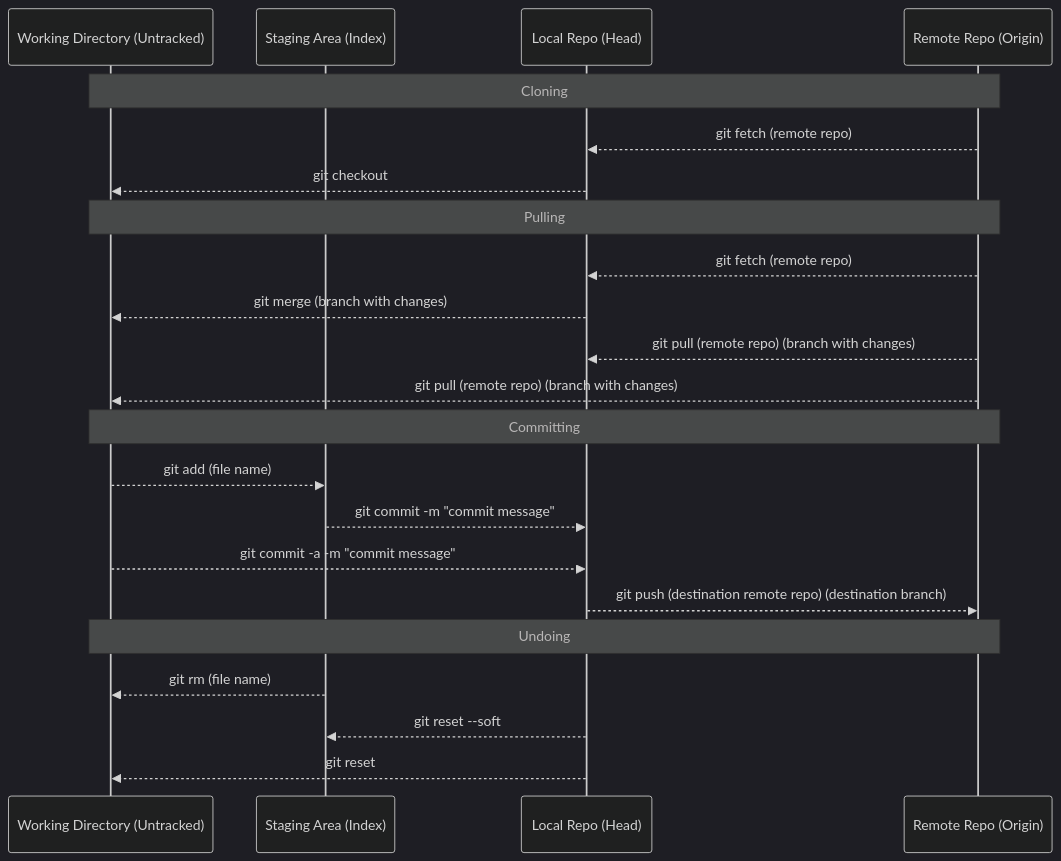
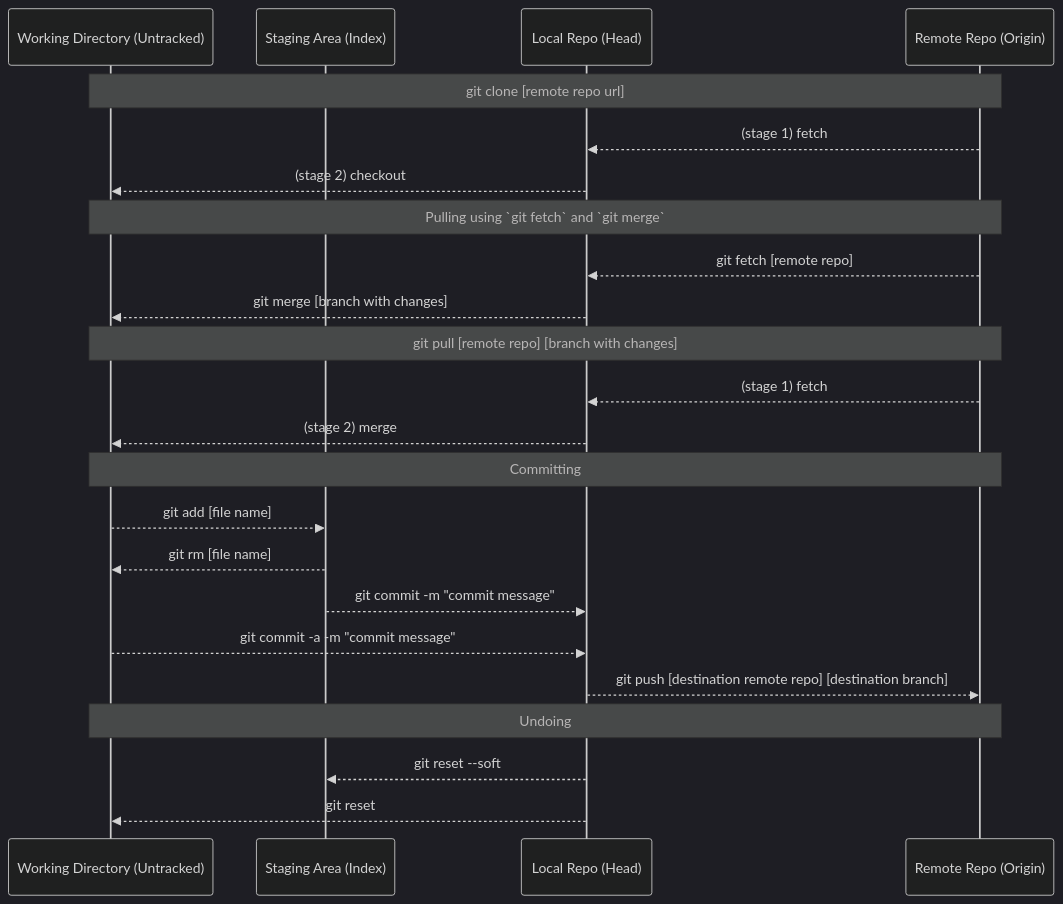
Before and after one commit to rharris-nitro/pythonExercise1: the diagram in docs/how-to-git.md, drawn with Mermaid (dark theme).

Commit message:
update diagram

````diff
--- a/docs/how-to-git.md
+++ b/docs/how-to-git.md
@@ -11,28 +11,30 @@
 ```mermaid
 sequenceDiagram
   participant directory as Working Directory (Untracked)
   participant index as Staging Area (Index)
   participant head as Local Repo (Head)
   participant origin as Remote Repo (Origin)
 
-  Note over directory,origin: Cloning
-  origin-->>head: git fetch (remote repo)
-  head-->>directory: git checkout
+  Note over directory,origin: git clone [remote repo url]
+  origin-->>head: (stage 1) fetch
+  head-->>directory: (stage 2) checkout
 
-  Note over directory,origin: Pulling
-  origin-->>head: git fetch (remote repo)
-  head-->>directory: git merge (branch with changes)
-  origin-->>head: git pull (remote repo) (branch with changes)
-  origin-->>directory: git pull (remote repo) (branch with changes)
+  Note over directory,origin: Pulling using `git fetch` and `git merge`
+  origin-->>head: git fetch [remote repo]
+  head-->>directory: git merge [branch with changes]
+
+  Note over directory,origin: git pull [remote repo] [branch with changes]
+  origin-->>head:  (stage 1) fetch
+  head-->>directory: (stage 2) merge
 
   Note over directory,origin: Committing
-  directory-->>index: git add (file name)
+  directory-->>index: git add [file name]
+  index-->>directory: git rm [file name]
   index-->>head: git commit -m "commit message"
   directory-->>head: git commit -a -m "commit message"
-  head-->>origin: git push (destination remote repo) (destination branch)
+  head-->>origin: git push [destination remote repo] [destination branch]
 
   Note over directory,origin: Undoing
-  index-->>directory: git rm (file name)
   head-->>index: git reset --soft
   head-->>directory: git reset
 ```
````
